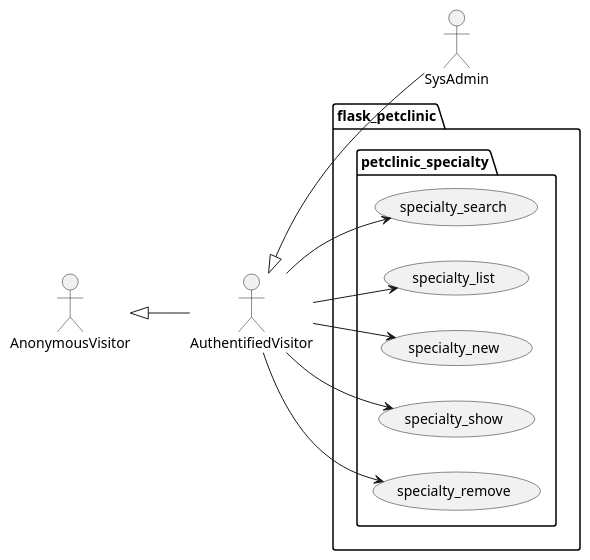
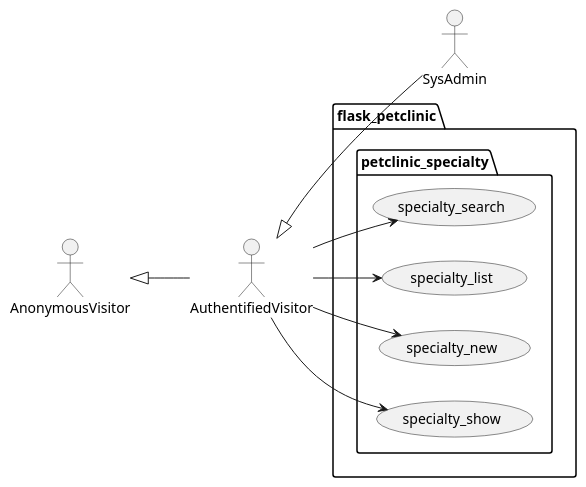
One commit to Jakarta-EE-Petclinic/petclinic_flask changed the diagram in project/petclinic_model/specialty.puml. Above: the diagram before and after it, drawn with PlantUML. The commit also changed 5 other files, not shown here.

```diff
--- a/project/petclinic_model/specialty.puml
+++ b/project/petclinic_model/specialty.puml
@@ -1,28 +1,26 @@
 @startuml
 left to right direction
 
 actor AnonymousVisitor as av
 actor AuthentifiedVisitor as au
 actor SysAdmin as sa
 
 av <|-- au
 au <|-- sa
 
 package flask_petclinic {
 
     package petclinic_specialty {
         usecase specialty_search as uc2000
         usecase specialty_list as uc2001
         usecase specialty_new as uc2002
         usecase specialty_show as uc2003
-        usecase specialty_remove as uc2005
 
         au --> uc2000
         au --> uc2001
         au --> uc2002
         au --> uc2003
-        au --> uc2005
     }
 
 }
 @enduml
```
